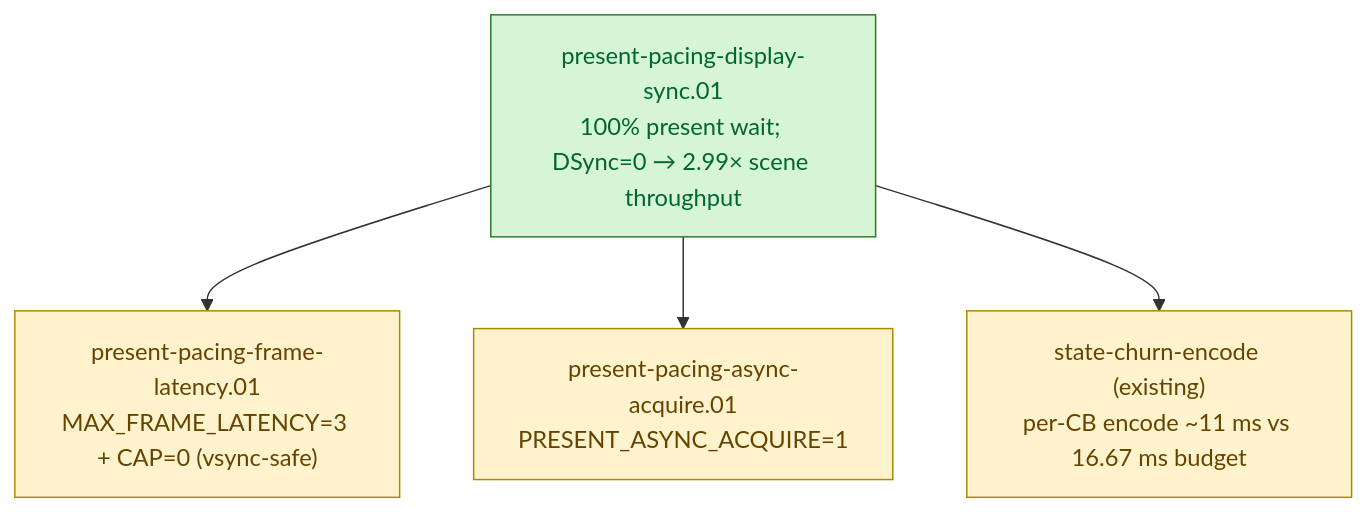
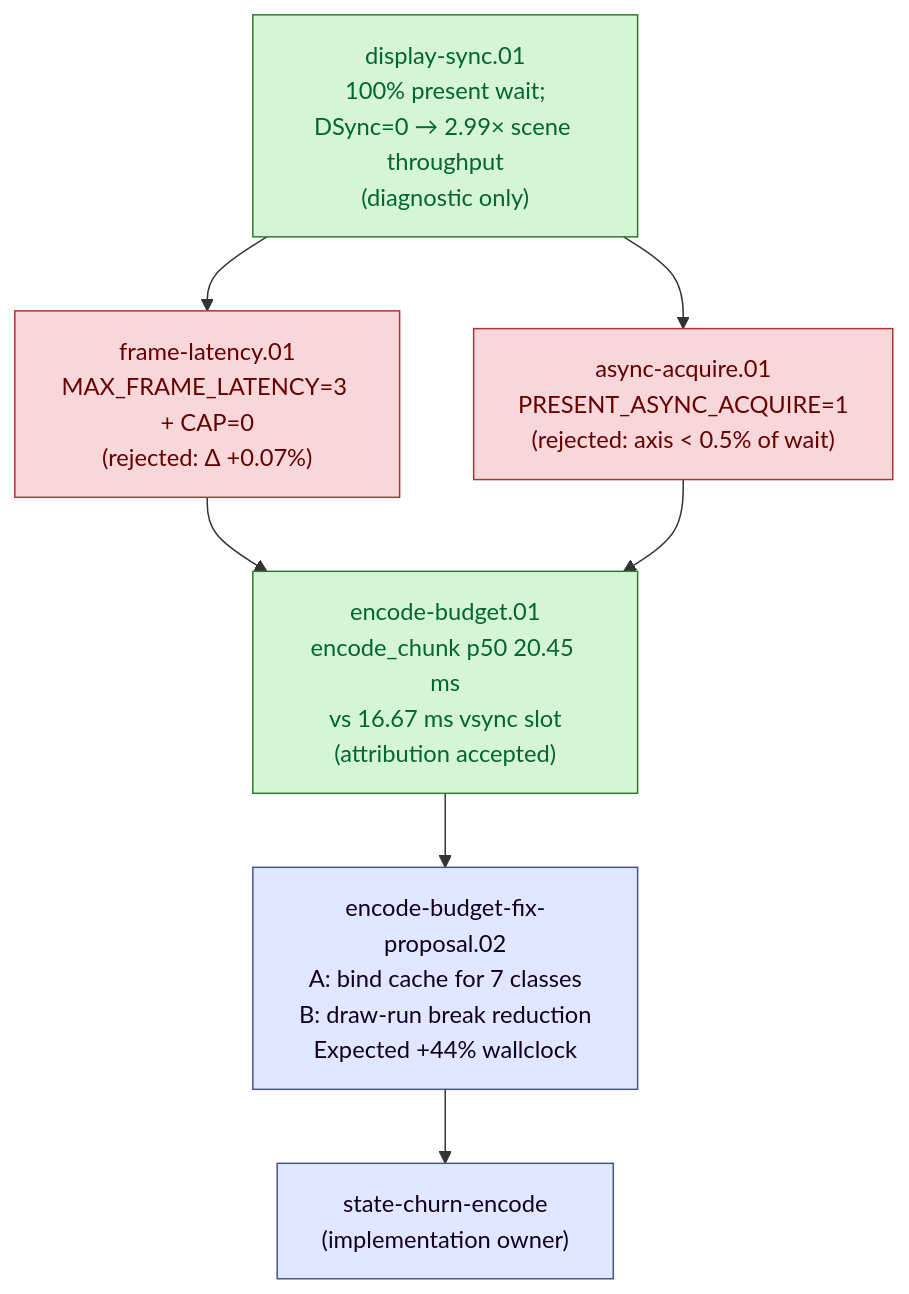
One commit to dfdgsdfg/dxmt9 changed the diagram in docs/perfomance/present-pacing.md. Above: the diagram before and after it, drawn with Mermaid. The commit also changed other lines of this file and 1 other file, not shown here.

First line of the commit message:
docs(perfomance): step 5 — synthesis + production fix proposal

````diff
--- a/docs/perfomance/present-pacing.md
+++ b/docs/perfomance/present-pacing.md
@@ -57,18 +57,25 @@
 ```mermaid
 flowchart TD
   classDef accepted fill:#d6f5d6,stroke:#2b7a2b,color:#063
   classDef open fill:#fff3cd,stroke:#a80,color:#640
   classDef rejected fill:#f8d7da,stroke:#a33,color:#600
+  classDef proposed fill:#e0e7ff,stroke:#445588,color:#102
 
-  DSync["present-pacing-display-sync.01\n100% present wait; DSync=0 → 2.99× scene throughput"]
-  FrameLatency["present-pacing-frame-latency.01\nMAX_FRAME_LATENCY=3 + CAP=0 (vsync-safe)"]
-  AsyncAcq["present-pacing-async-acquire.01\nPRESENT_ASYNC_ACQUIRE=1"]
-  EncodeCPU["state-churn-encode (existing)\nper-CB encode ~11 ms vs 16.67 ms budget"]
+  DSync["display-sync.01\n100% present wait;\nDSync=0 → 2.99× scene throughput\n(diagnostic only)"]
+  FrameLatency["frame-latency.01\nMAX_FRAME_LATENCY=3 + CAP=0\n(rejected: Δ +0.07%)"]
+  AsyncAcq["async-acquire.01\nPRESENT_ASYNC_ACQUIRE=1\n(rejected: axis < 0.5% of wait)"]
+  EncodeBudget["encode-budget.01\nencode_chunk p50 20.45 ms\nvs 16.67 ms vsync slot\n(attribution accepted)"]
+  FixProposal["encode-budget-fix-proposal.02\nA: bind cache for 7 classes\nB: draw-run break reduction\nExpected +44% wallclock"]
+  SCE["state-churn-encode\n(implementation owner)"]
 
   DSync --> FrameLatency
   DSync --> AsyncAcq
-  DSync --> EncodeCPU
+  FrameLatency --> EncodeBudget
+  AsyncAcq --> EncodeBudget
+  EncodeBudget --> FixProposal
+  FixProposal --> SCE
 
-  class DSync accepted
-  class FrameLatency,AsyncAcq,EncodeCPU open
+  class DSync,EncodeBudget accepted
+  class FrameLatency,AsyncAcq rejected
+  class FixProposal,SCE proposed
 ```
````
